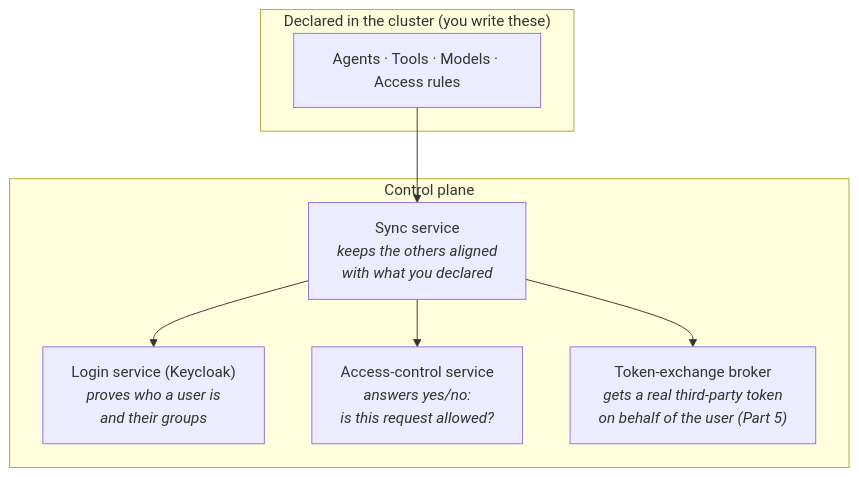
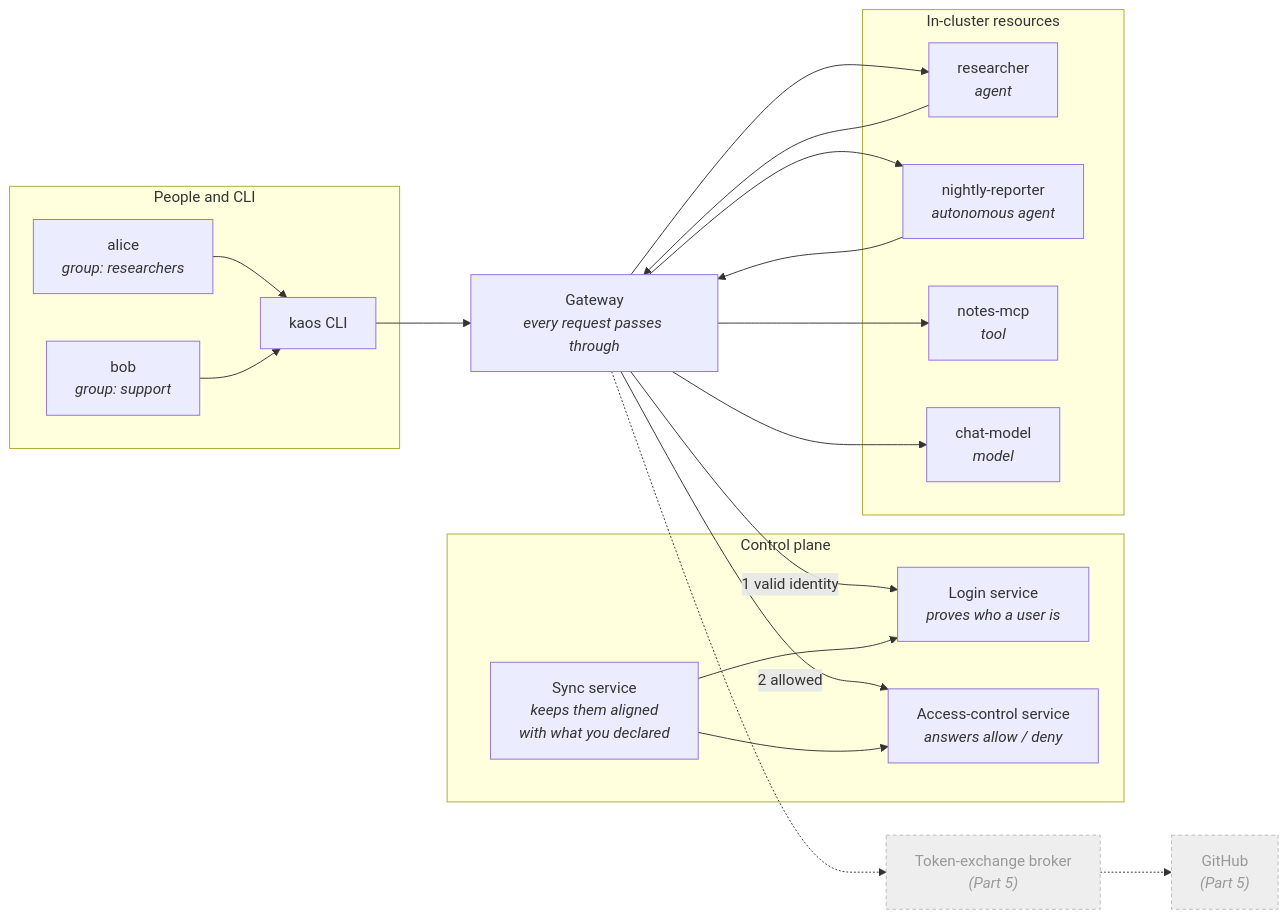
One commit to axsaucedo/kaos changed the first of 6 diagrams in docs/examples/authorization-draft.md. Above: the diagram before and after it, drawn with Mermaid. The commit also changed other lines of this file, not shown here.

Commit message:
docs: apply review to authorization walkthrough (accuracy, filler, diagrams)

````diff
--- a/docs/examples/authorization-draft.md
+++ b/docs/examples/authorization-draft.md
@@ -20,16 +18,41 @@
 ```mermaid
-flowchart TB
-  subgraph declared["Declared in the cluster (you write these)"]
-    OBJ["Agents · Tools · Models · Access rules"]
+flowchart LR
+  subgraph left["People and CLI"]
+    alice["alice<br/><i>group: researchers</i>"]
+    bob["bob<br/><i>group: support</i>"]
+    CLI["kaos CLI"]
   end
-  subgraph cp["Control plane"]
-    SYNC["Sync service<br/><i>keeps the others aligned<br/>with what you declared</i>"]
-    LOGIN["Login service (Keycloak)<br/><i>proves who a user is<br/>and their groups</i>"]
-    AC["Access-control service<br/><i>answers yes/no:<br/>is this request allowed?</i>"]
-    BROKER["Token-exchange broker<br/><i>gets a real third-party token<br/>on behalf of the user (Part 5)</i>"]
+  subgraph control["Control plane"]
+    LOGIN["Login service<br/><i>proves who a user is</i>"]
+    AC["Access-control service<br/><i>answers allow / deny</i>"]
+    SYNC["Sync service<br/><i>keeps them aligned<br/>with what you declared</i>"]
   end
-  OBJ --> SYNC
+  GW["Gateway<br/><i>every request passes through</i>"]
+  subgraph right["In-cluster resources"]
+    RES["researcher<br/><i>agent</i>"]
+    NR["nightly-reporter<br/><i>autonomous agent</i>"]
+    MCP["notes-mcp<br/><i>tool</i>"]
+    MODEL["chat-model<br/><i>model</i>"]
+  end
+  BROKER["Token-exchange broker<br/><i>(Part 5)</i>"]
+  GH["GitHub<br/><i>(Part 5)</i>"]
+
+  alice --> CLI
+  bob --> CLI
+  CLI --> GW
+  GW -->|"1 valid identity"| LOGIN
+  GW -->|"2 allowed"| AC
   SYNC --> LOGIN
   SYNC --> AC
-  SYNC --> BROKER
+  GW --> RES
+  GW --> NR
+  RES --> GW
+  NR --> GW
+  GW --> MCP
+  GW --> MODEL
+  GW -.-> BROKER
+  BROKER -.-> GH
+
+  classDef part5 fill:#eeeeee,stroke:#bbbbbb,color:#999999,stroke-dasharray:4 3;
+  class BROKER,GH part5;
 ```
````
